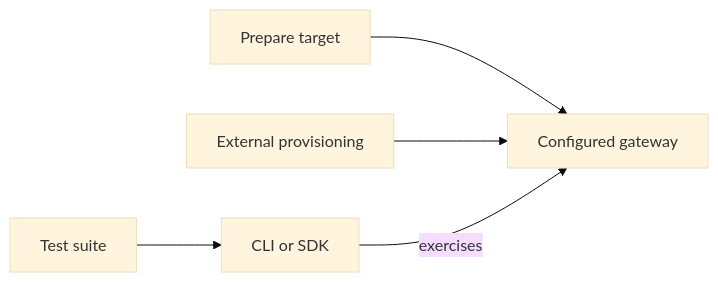
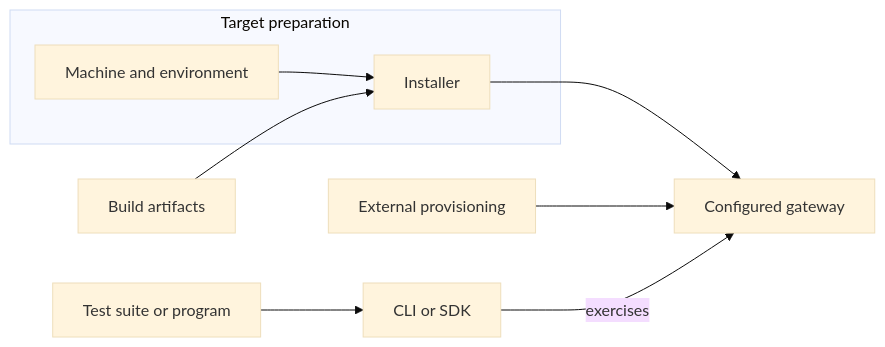
One commit to NVIDIA/OpenShell changed the diagram in rfc/0016-testing-strategy/README.md. Above: the diagram before and after it, drawn with Mermaid (base theme). The commit also changed other lines of this file, not shown here.

````diff
--- a/rfc/0016-testing-strategy/README.md
+++ b/rfc/0016-testing-strategy/README.md
@@ -149,7 +213,11 @@
 ```mermaid
 flowchart LR
-    preparation[Prepare target] --> target[Configured gateway]
+    subgraph preparation[Target preparation]
+        machine[Machine and environment] --> install[Installer]
+    end
+    artifacts[Build artifacts] --> install
+    install --> target[Configured gateway]
     external[External provisioning] --> target
-    suite[Test suite] --> client[CLI or SDK]
+    suite[Test suite or program] --> client[CLI or SDK]
     client -->|exercises| target
 ```
````
